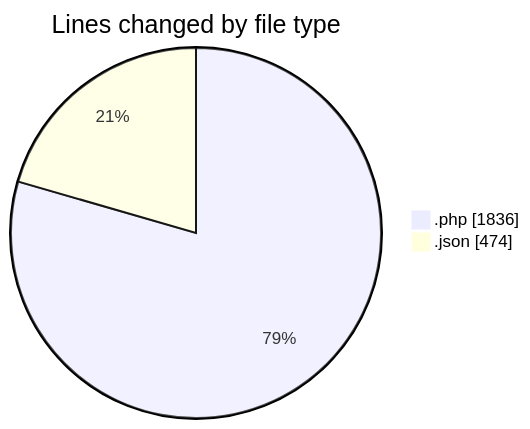
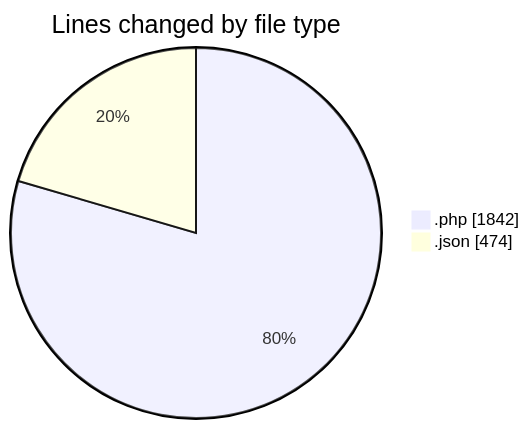
Before and after one commit to idhammustaqopulfikri/code-tracking: the first of 2 diagrams in 2025-06-22/studio-backend/README.md, drawn with Mermaid. The commit also changed other lines of this file and 1 other file, not shown here.

````diff
--- a/2025-06-22/studio-backend/README.md
+++ b/2025-06-22/studio-backend/README.md
@@ -28,6 +28,6 @@
 ```mermaid
 pie showData
 title Lines changed by file type
-".php" : 1836
+".php" : 1842
 ".json" : 474
 ```
````
